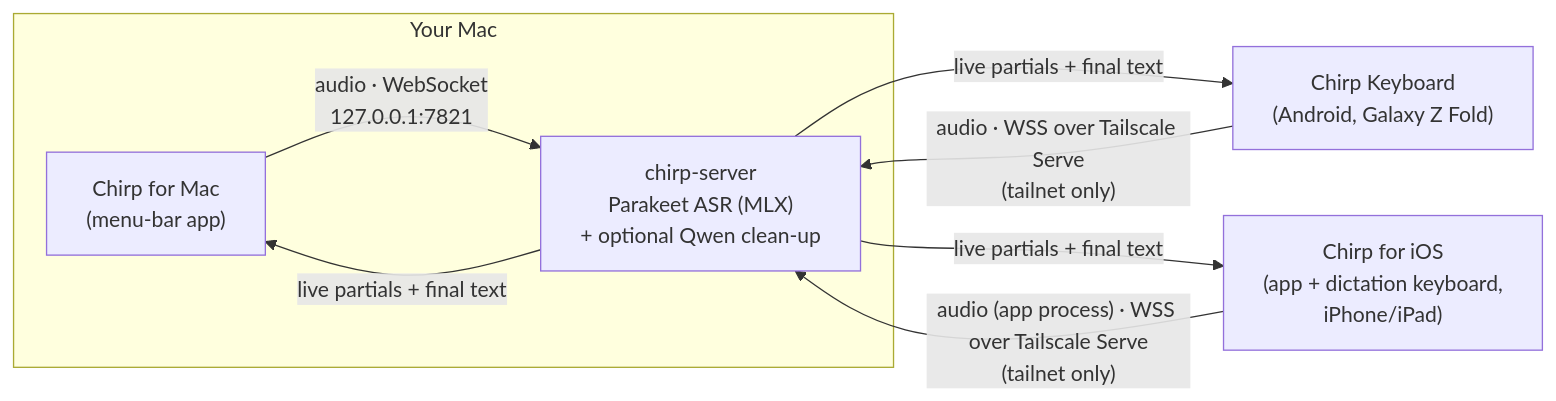
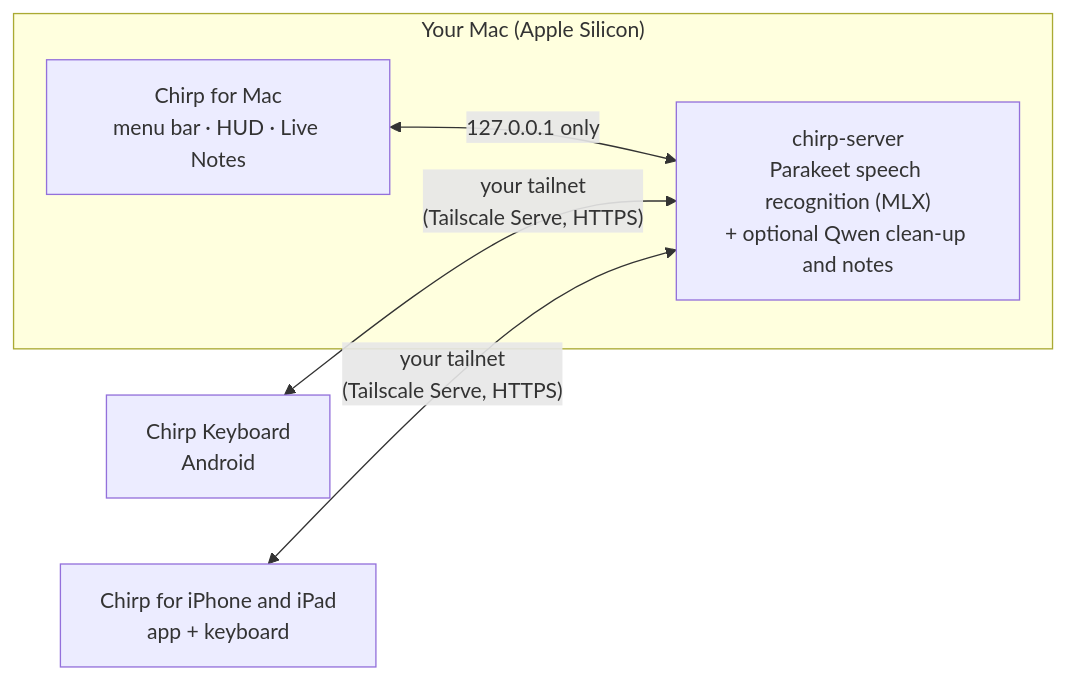
Before and after one commit to 0xlaveen/chirp: the diagram in README.md, drawn with Mermaid. The commit also changed other lines of this file and 15 other files, not shown here.

````diff
--- a/README.md
+++ b/README.md
@@ -43,15 +40,10 @@
 ```mermaid
 flowchart LR
-    subgraph MAC["Your Mac"]
-        APP["Chirp for Mac<br/>(menu-bar app)"]
-        SRV["chirp-server<br/>Parakeet ASR (MLX)<br/>+ optional Qwen clean-up"]
+    subgraph MAC["Your Mac (Apple Silicon)"]
+        SRV["chirp-server<br/>Parakeet speech recognition (MLX)<br/>+ optional Qwen clean-up and notes"]
+        APP["Chirp for Mac<br/>menu bar · HUD · Live Notes"]
+        APP <-->|"127.0.0.1 only"| SRV
     end
-    KBD["Chirp Keyboard<br/>(Android, Galaxy Z Fold)"]
-    IOS["Chirp for iOS<br/>(app + dictation keyboard,<br/>iPhone/iPad)"]
-    APP -- "audio · WebSocket<br/>127.0.0.1:7821" --> SRV
-    SRV -- "live partials + final text" --> APP
-    KBD -- "audio · WSS over Tailscale Serve<br/>(tailnet only)" --> SRV
-    SRV -- "live partials + final text" --> KBD
-    IOS -- "audio (app process) · WSS over Tailscale Serve<br/>(tailnet only)" --> SRV
-    SRV -- "live partials + final text" --> IOS
+    AND["Chirp Keyboard<br/>Android"] <-->|"your tailnet<br/>(Tailscale Serve, HTTPS)"| SRV
+    IOS["Chirp for iPhone and iPad<br/>app + keyboard"] <-->|"your tailnet<br/>(Tailscale Serve, HTTPS)"| SRV
 ```
````
